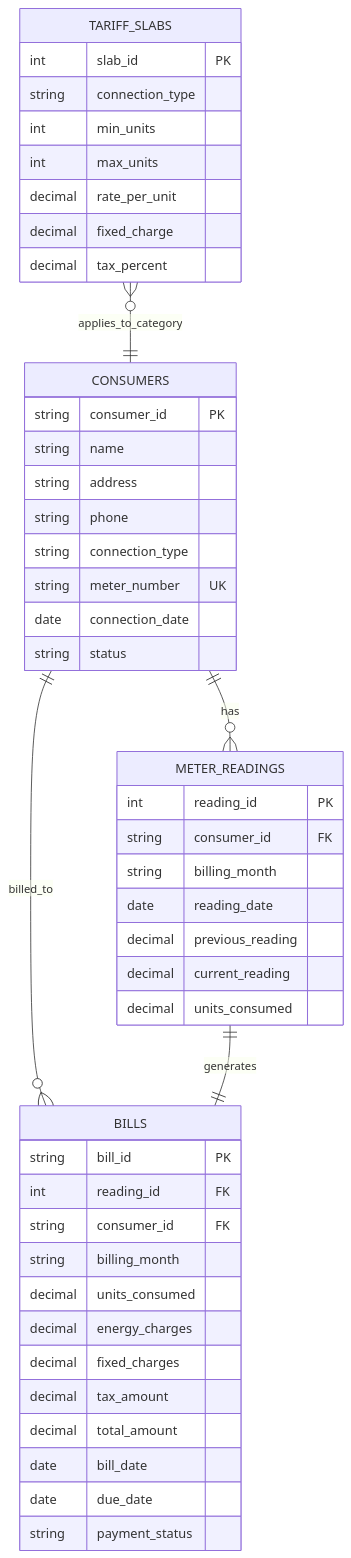
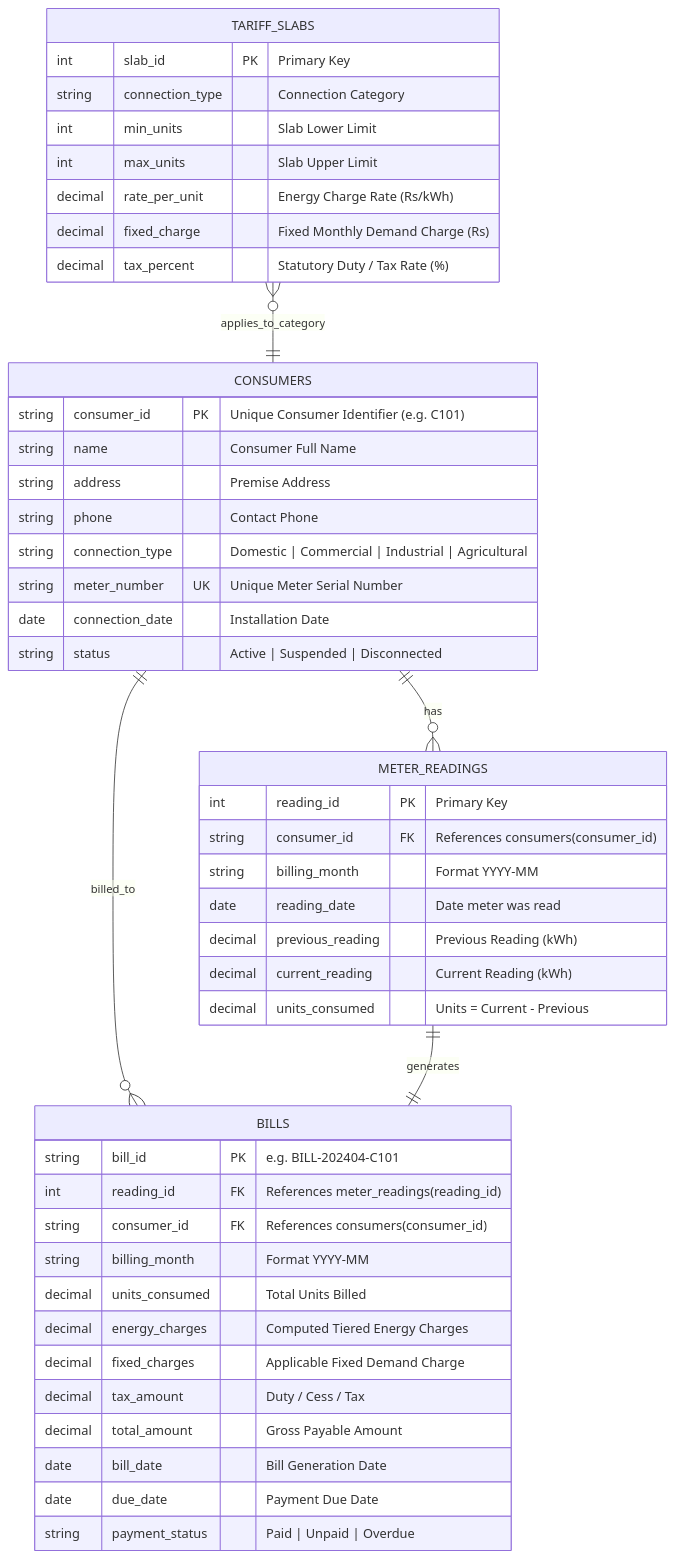
One commit to sricharanit2008-tech/electricity-consumption-system changed the diagram in README.md. Above: the diagram before and after it, drawn with Mermaid. The commit also changed other lines of this file, not shown here.

Commit message:
Update README with Register No. 732925ITR104 and complete architecture ER diagram

````diff
--- a/README.md
+++ b/README.md
@@ -36,53 +65,53 @@
 ```mermaid
 erDiagram
     CONSUMERS ||--o{ METER_READINGS : has
     CONSUMERS ||--o{ BILLS : billed_to
     METER_READINGS ||--|| BILLS : generates
     TARIFF_SLABS }o--|| CONSUMERS : applies_to_category
 
     CONSUMERS {
-        string consumer_id PK
-        string name
-        string address
-        string phone
-        string connection_type
-        string meter_number UK
-        date connection_date
-        string status
+        string consumer_id PK "Unique Consumer Identifier (e.g. C101)"
+        string name "Consumer Full Name"
+        string address "Premise Address"
+        string phone "Contact Phone"
+        string connection_type "Domestic | Commercial | Industrial | Agricultural"
+        string meter_number UK "Unique Meter Serial Number"
+        date connection_date "Installation Date"
+        string status "Active | Suspended | Disconnected"
     }
 
     TARIFF_SLABS {
-        int slab_id PK
-        string connection_type
-        int min_units
-        int max_units
-        decimal rate_per_unit
-        decimal fixed_charge
-        decimal tax_percent
+        int slab_id PK "Primary Key"
+        string connection_type "Connection Category"
+        int min_units "Slab Lower Limit"
+        int max_units "Slab Upper Limit"
+        decimal rate_per_unit "Energy Charge Rate (Rs/kWh)"
+        decimal fixed_charge "Fixed Monthly Demand Charge (Rs)"
+        decimal tax_percent "Statutory Duty / Tax Rate (%)"
     }
 
     METER_READINGS {
-        int reading_id PK
-        string consumer_id FK
-        string billing_month
-        date reading_date
-        decimal previous_reading
-        decimal current_reading
-        decimal units_consumed
+        int reading_id PK "Primary Key"
+        string consumer_id FK "References consumers(consumer_id)"
+        string billing_month "Format YYYY-MM"
+        date reading_date "Date meter was read"
+        decimal previous_reading "Previous Reading (kWh)"
+        decimal current_reading "Current Reading (kWh)"
+        decimal units_consumed "Units = Current - Previous"
     }
 
     BILLS {
-        string bill_id PK
-        int reading_id FK
-        string consumer_id FK
-        string billing_month
-        decimal units_consumed
-        decimal energy_charges
-        decimal fixed_charges
-        decimal tax_amount
-        decimal total_amount
-        date bill_date
-        date due_date
-        string payment_status
+        string bill_id PK "e.g. BILL-202404-C101"
+        int reading_id FK "References meter_readings(reading_id)"
+        string consumer_id FK "References consumers(consumer_id)"
+        string billing_month "Format YYYY-MM"
+        decimal units_consumed "Total Units Billed"
+        decimal energy_charges "Computed Tiered Energy Charges"
+        decimal fixed_charges "Applicable Fixed Demand Charge"
+        decimal tax_amount "Duty / Cess / Tax"
+        decimal total_amount "Gross Payable Amount"
+        date bill_date "Bill Generation Date"
+        date due_date "Payment Due Date"
+        string payment_status "Paid | Unpaid | Overdue"
     }
 ```
````
